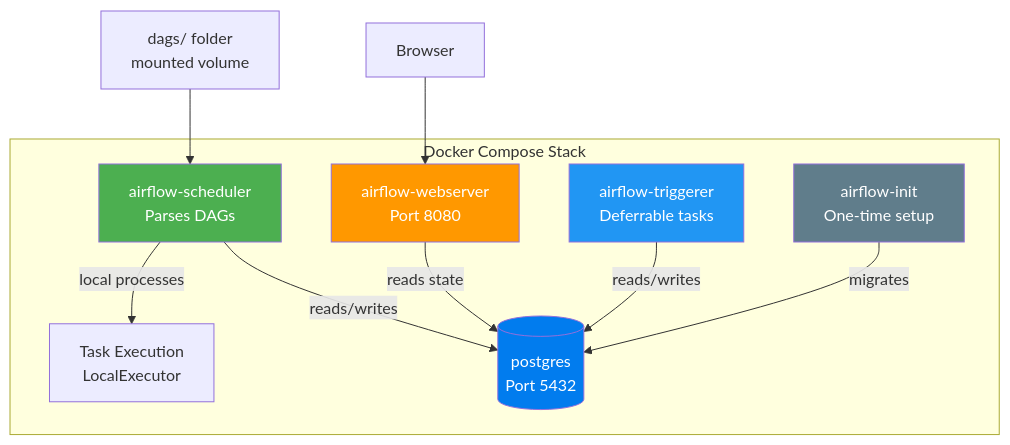
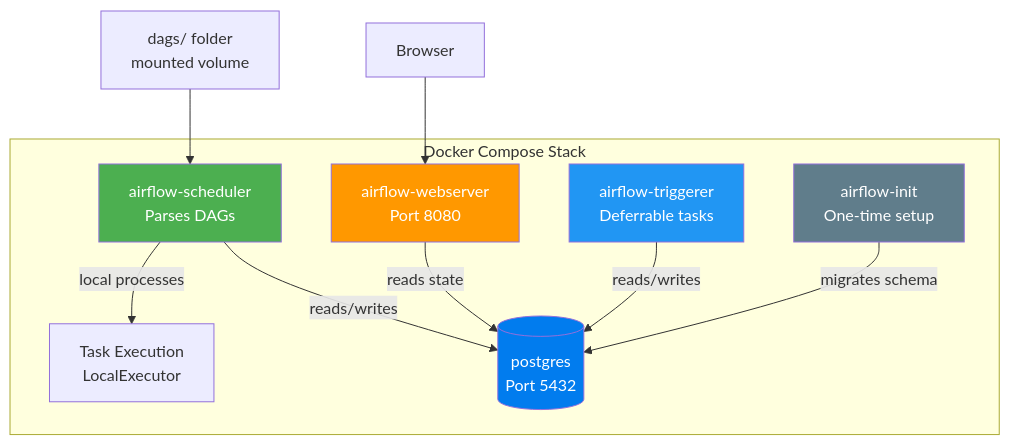
Before and after one commit to sivanagaraju/airflow-mastery: the diagram in 02-installation-setup/01-docker-setup/explanation/01-docker-compose-explained.md, drawn with Mermaid. The commit also changed other lines of this file and 35 other files, not shown here.

Commit message:
feat: add comprehensive documentation and mindmaps for Airflow architecture, UI, and CLI commands

````diff
--- a/02-installation-setup/01-docker-setup/explanation/01-docker-compose-explained.md
+++ b/02-installation-setup/01-docker-setup/explanation/01-docker-compose-explained.md
@@ -9,20 +25,20 @@
 ```mermaid
 graph TB
     subgraph "Docker Compose Stack"
         WS[airflow-webserver<br/>Port 8080] -->|reads state| DB[(postgres<br/>Port 5432)]
         SCHED[airflow-scheduler<br/>Parses DAGs] -->|reads/writes| DB
         TRIG[airflow-triggerer<br/>Deferrable tasks] -->|reads/writes| DB
-        INIT[airflow-init<br/>One-time setup] -->|migrates| DB
+        INIT[airflow-init<br/>One-time setup] -->|migrates schema| DB
 
         SCHED -->|local processes| TASKS[Task Execution<br/>LocalExecutor]
     end
 
     BROWSER[Browser] --> WS
     DAGS[dags/ folder<br/>mounted volume] --> SCHED
 
     style WS fill:#FF9800,color:#fff
     style SCHED fill:#4CAF50,color:#fff
     style TRIG fill:#2196F3,color:#fff
     style DB fill:#017CEE,color:#fff
     style INIT fill:#607D8B,color:#fff
 ```
````
